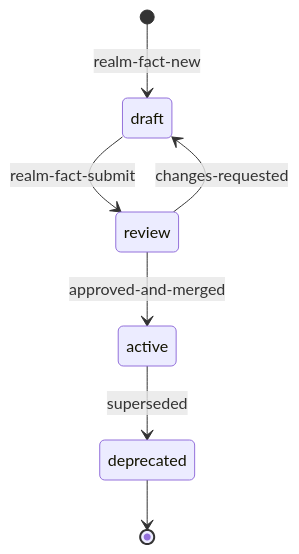
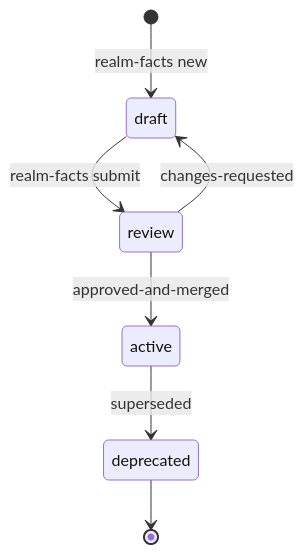
The diagram in docs/realm-facts-workflow.md (blackmo18/realm), drawn with Mermaid before and after one commit. The commit also changed other lines of this file and 43 other files, not shown here.

First line of the commit message:
feat(realm-facts): added initial teams skill sets

````diff
--- a/docs/realm-facts-workflow.md
+++ b/docs/realm-facts-workflow.md
@@ -170,9 +174,9 @@
 ```mermaid
 stateDiagram-v2
-  [*] --> draft: realm-fact-new
-  draft --> review: realm-fact-submit
+  [*] --> draft: realm-facts new
+  draft --> review: realm-facts submit
   review --> draft: changes-requested
   review --> active: approved-and-merged
   active --> deprecated: superseded
   deprecated --> [*]
 ```
````
